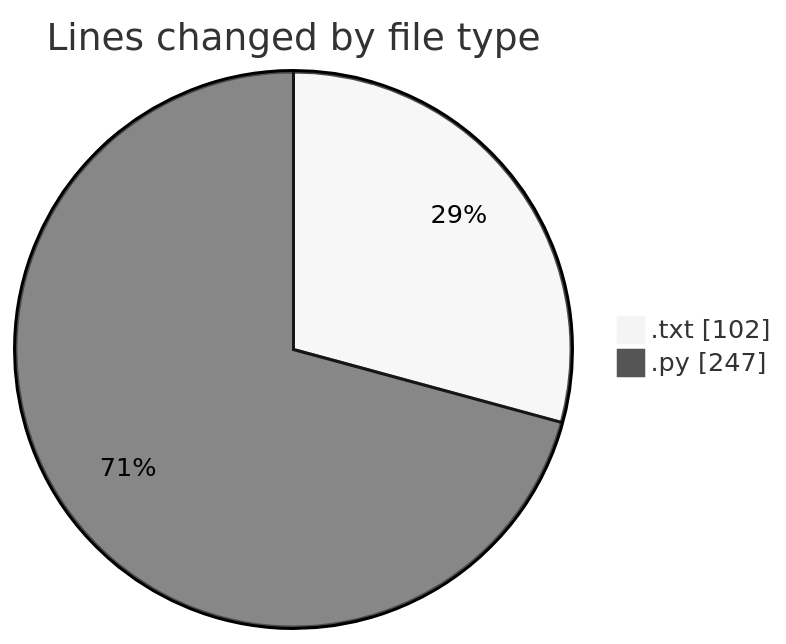
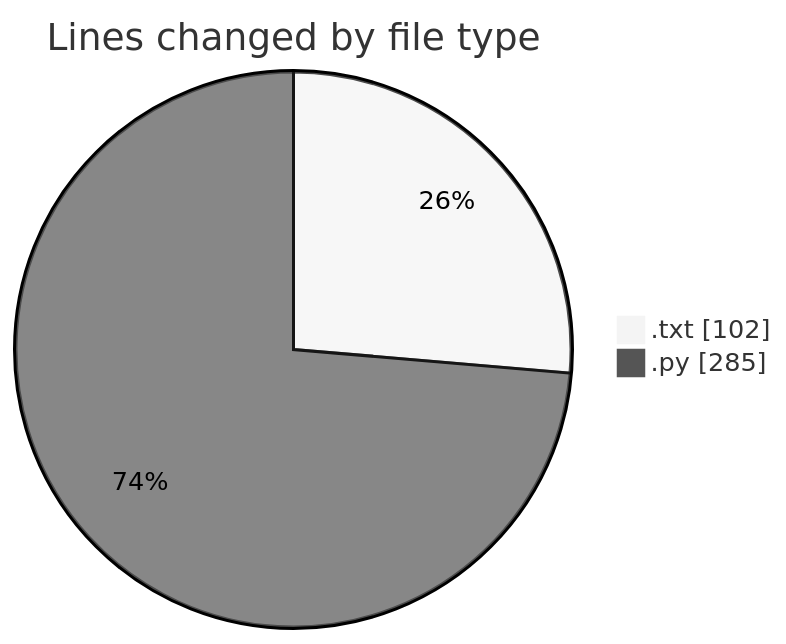
The first of 2 diagrams in 2025-01-21/myws__workspace_/README.md (MatusMokan/code-tracking), drawn with Mermaid (neutral theme) before and after one commit. The commit also changed other lines of this file and 1 other file, not shown here.

````diff
--- a/2025-01-21/myws__workspace_/README.md
+++ b/2025-01-21/myws__workspace_/README.md
@@ -22,6 +23,6 @@
 ```mermaid
 pie showData
 title Lines changed by file type
 ".txt" : 102
-".py" : 247
+".py" : 285
 ```
````
